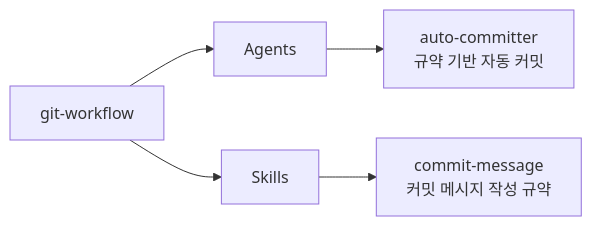
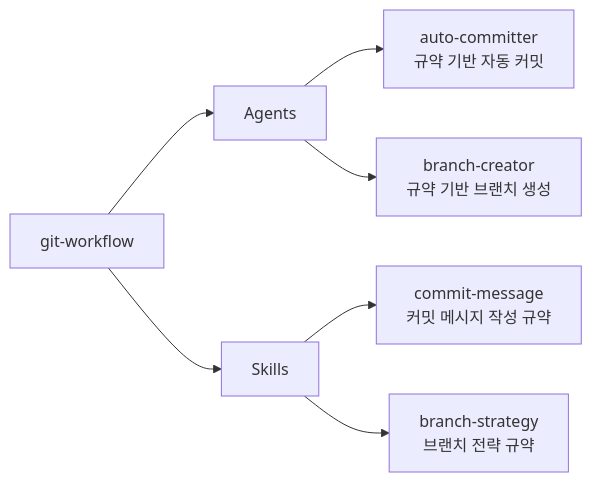
One commit to iamhoonse-dev/hoonse-claude-plugins changed the diagram in plugins/git-workflow/README.md. Above: the diagram before and after it, drawn with Mermaid. The commit also changed other lines of this file, not shown here.

First line of the commit message:
docs(git-workflow): README에 브랜치 관련 구성 요소 및 커스터마이징 섹션 추가

````diff
--- a/plugins/git-workflow/README.md
+++ b/plugins/git-workflow/README.md
@@ -7,9 +7,11 @@
 ```mermaid
 graph LR
     A[git-workflow] --> C[Agents]
     A --> D[Skills]
 
     C --> C1[auto-committer<br/>규약 기반 자동 커밋]
+    C --> C2[branch-creator<br/>규약 기반 브랜치 생성]
 
     D --> D1[commit-message<br/>커밋 메시지 작성 규약]
+    D --> D2[branch-strategy<br/>브랜치 전략 규약]
 ```
````
